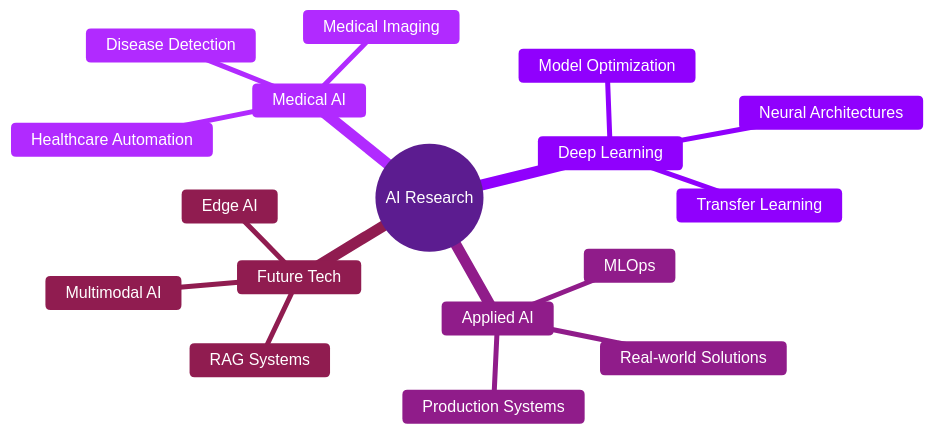
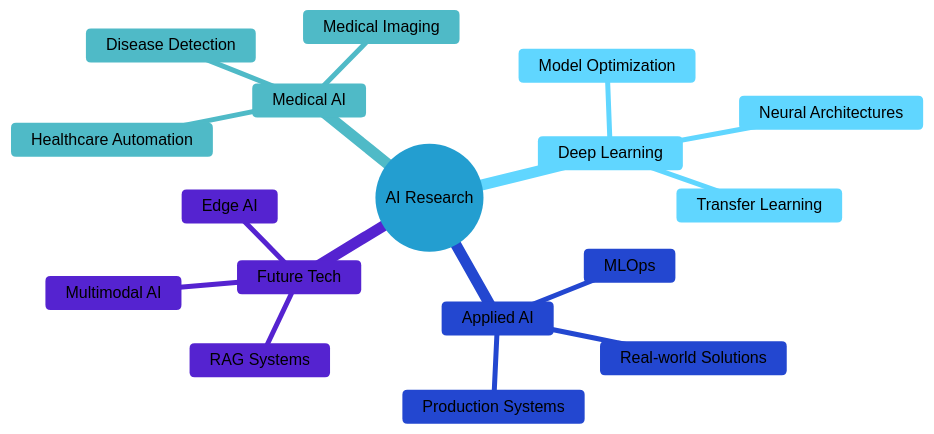
Before and after one commit to Ycmmn/Ycmmn: the diagram in README.md, drawn with Mermaid. The commit also changed other lines of this file, not shown here.

````diff
--- a/README.md
+++ b/README.md
@@ -172,21 +172,21 @@
 ```mermaid
-%%{init: {'theme':'base', 'themeVariables': { 'primaryColor':'#9D4EDD','primaryTextColor':'#ffffff','primaryBorderColor':'#7B2CBF','lineColor':'#C77DFF','secondaryColor':'#E0AAFF','secondaryTextColor':'#000000','secondaryBorderColor':'#C77DFF','tertiaryColor':'#C77DFF','tertiaryTextColor':'#000000','tertiaryBorderColor':'#9D4EDD','background':'#0d1117','mainBkg':'#9D4EDD','secondBkg':'#E0AAFF','tertiaryBkg':'#C77DFF','nodeBorder':'#7B2CBF','clusterBkg':'#10002B','clusterBorder':'#5A189A','titleColor':'#E0AAFF','edgeLabelBackground':'#10002B','nodeTextColor':'#ffffff'}}}%%
+%%{init: {'theme':'base', 'themeVariables': { 'primaryColor':'#87CEEB','primaryTextColor':'#000000','primaryBorderColor':'#1E90FF','lineColor':'#00BFFF','secondaryColor':'#B0E0E6','tertiaryColor':'#E0F7FF','background':'#1a1a1a','mainBkg':'#87CEEB','secondBkg':'#B0E0E6','tertiaryBkg':'#E0F7FF','nodeBorder':'#1E90FF','clusterBkg':'#E0F7FF','clusterBorder':'#00BFFF','titleColor':'#0080FF','edgeLabelBackground':'#E0F7FF','nodeTextColor':'#000000'}}}%%
 mindmap
   root((AI Research))
     Medical AI
       Disease Detection
       Medical Imaging
       Healthcare Automation
     Deep Learning
       Neural Architectures
       Transfer Learning
       Model Optimization
     Applied AI
       Production Systems
       MLOps
       Real-world Solutions
     Future Tech
       RAG Systems
       Multimodal AI
       Edge AI
 ```
````
